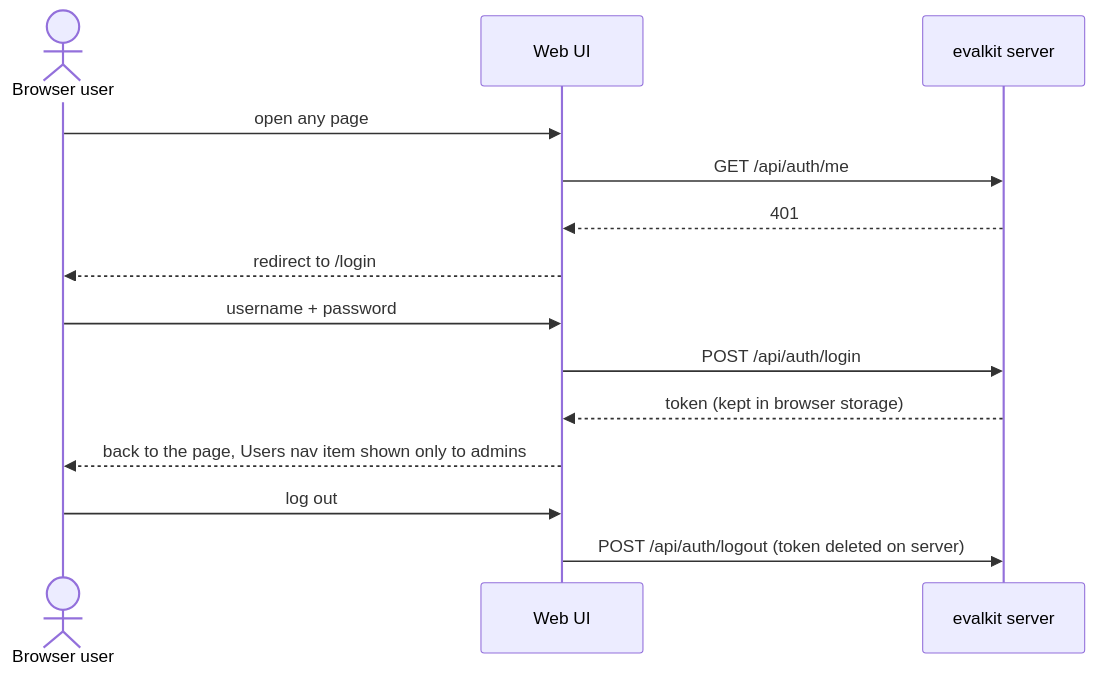
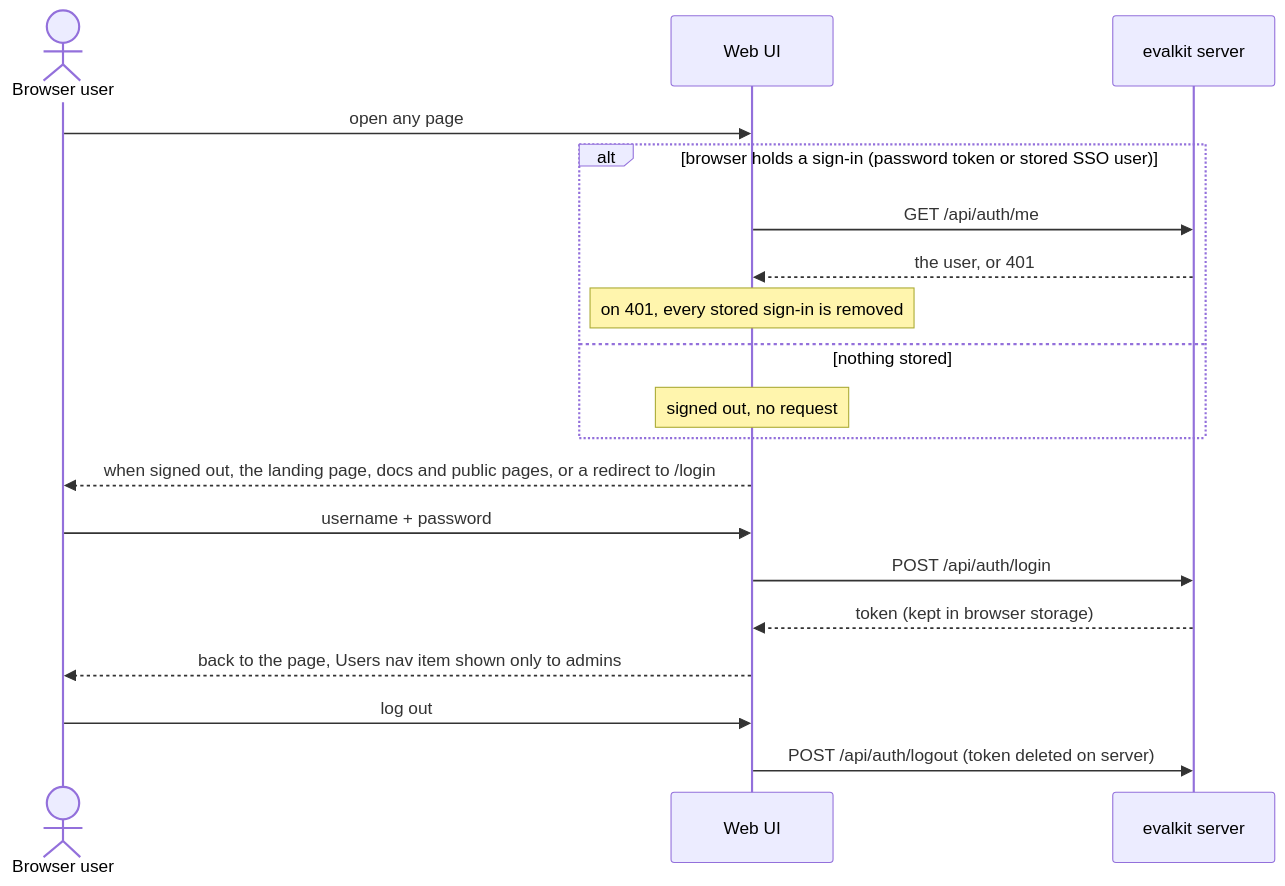
One commit to inferedge-ai/evalkit changed the third of 3 diagrams in docs/flows/01-install-login.md. Above: the diagram before and after it, drawn with Mermaid. The commit also changed other lines of this file and 10 other files, not shown here.

First line of the commit message:
Show the landing page without checking the session when the browser holds no sign-in (#198)

````diff
--- a/docs/flows/01-install-login.md
+++ b/docs/flows/01-install-login.md
@@ -61,16 +61,21 @@
 ```mermaid
 sequenceDiagram
   actor U as Browser user
   participant UI as Web UI
   participant S as evalkit server
   U->>UI: open any page
-  UI->>S: GET /api/auth/me
-  S-->>UI: 401
-  UI-->>U: redirect to /login
+  alt browser holds a sign-in (password token or stored SSO user)
+    UI->>S: GET /api/auth/me
+    S-->>UI: the user, or 401
+    Note over UI: on 401, every stored sign-in is removed
+  else nothing stored
+    Note over UI: signed out, no request
+  end
+  UI-->>U: when signed out, the landing page, docs and public pages, or a redirect to /login
   U->>UI: username + password
   UI->>S: POST /api/auth/login
   S-->>UI: token (kept in browser storage)
   UI-->>U: back to the page, Users nav item shown only to admins
   U->>UI: log out
   UI->>S: POST /api/auth/logout (token deleted on server)
 ```
````
